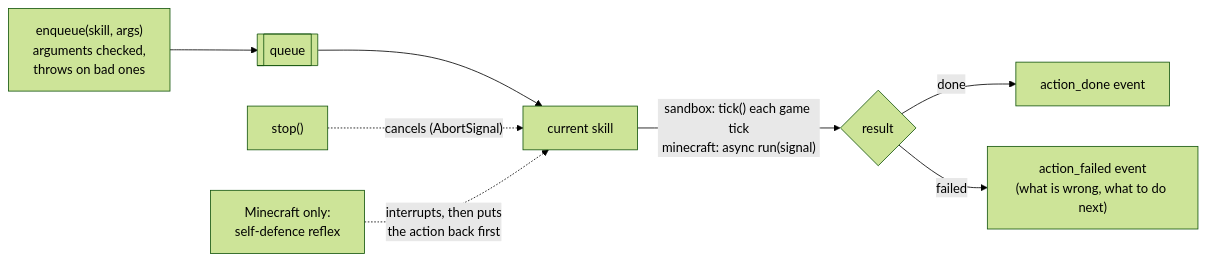
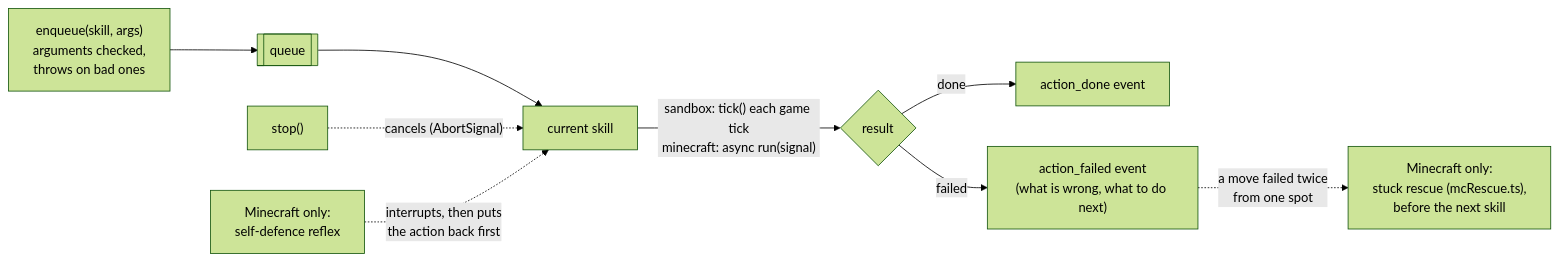
One commit to delphium226/MCAISandbox changed the seventh of 12 diagrams in docs/ARCHITECTURE.md. Above: the diagram before and after it, drawn with Mermaid (forest theme). The commit also changed other lines of this file and 1 other file, not shown here.

First line of the commit message:
README and ARCHITECTURE.md: the survival village as it works after phase 1 (plan step 1.6)

````diff
--- a/docs/ARCHITECTURE.md
+++ b/docs/ARCHITECTURE.md
@@ -296,10 +332,11 @@
 ```mermaid
 flowchart LR
   enqueue["enqueue(skill, args)<br/>arguments checked,<br/>throws on bad ones"] --> q[["queue"]]
   q --> run["current skill"]
   run -- "sandbox: tick() each game tick<br/>minecraft: async run(signal)" --> result{"result"}
   result -- done --> ev1["action_done event"]
   result -- failed --> ev2["action_failed event<br/>(what is wrong, what to do next)"]
   stop["stop()"] -. "cancels (AbortSignal)" .-> run
   reflex["Minecraft only:<br/>self-defence reflex"] -. "interrupts, then puts<br/>the action back first" .-> run
+  ev2 -. "a move failed twice<br/>from one spot" .-> rescue["Minecraft only:<br/>stuck rescue (mcRescue.ts),<br/>before the next skill"]
 ```
````
